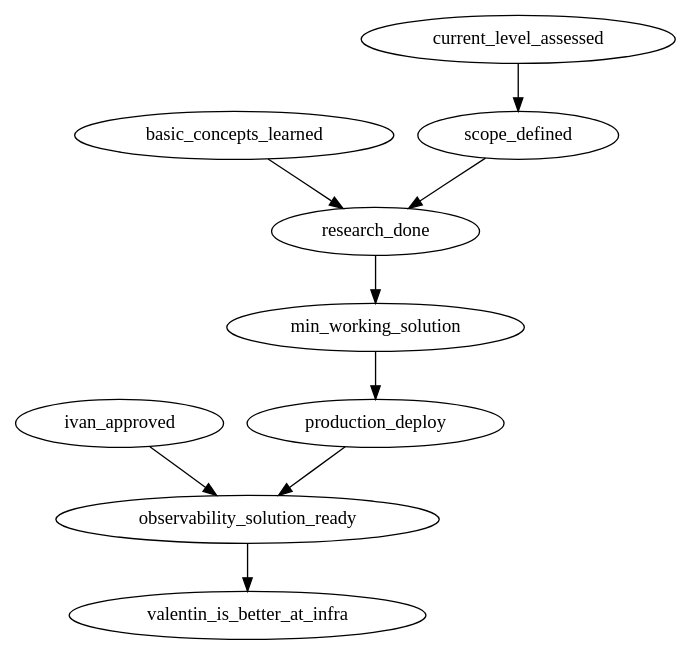
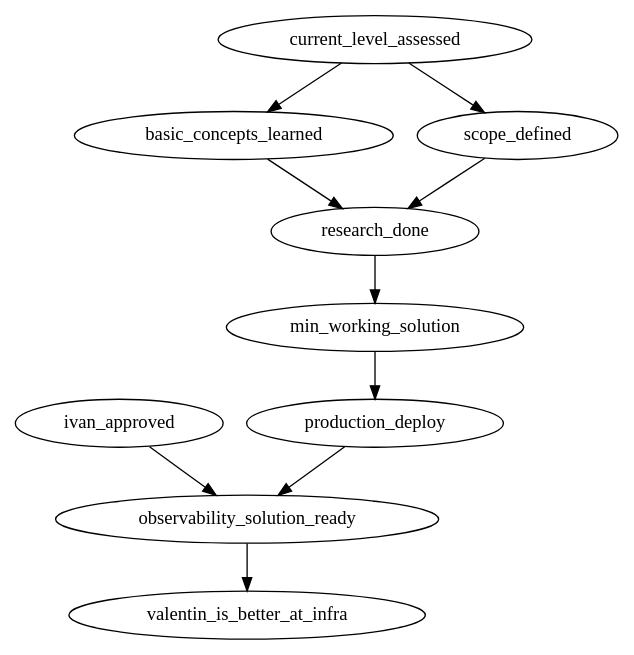
Before and after one commit to valentinboyanov/observability: the diagram in roadmap.gv, drawn with Graphviz. The commit also changed 2 other files, not shown here.

```diff
--- a/roadmap.gv
+++ b/roadmap.gv
@@ -1,20 +1,21 @@
 digraph {rankdir="TB";
 
 valentin_is_better_at_infra[tooltip="@valentinboyanov has a better understanding of his level in infrastructure and is more confident in what he knows and can do."];
 observability_solution_ready[tooltip="The observatility solution is ready to be used by a small product team in production environment."];
 ivan_approved[tooltip="@igarridot has reviewed and confirmed that the solution is suitable for the purpose of this learning exercise."];
 production_deploy[tooltip="The solution can be deployed on production environment."];
 min_working_solution[tooltip="A minimal working solution using the selected tools can be run locally."];
 research_done[tooltip="Research on the state of the art in observability is complete."];
 basic_concepts_learned[tooltip="@valentyinboyanov has learned the fundamental ideas: monitoring (metrics, logs, traces) and observability (understanding system behavior)."];
 scope_defined[tooltip="We have explicitly defined the expected usage, limitations, and what constitutes a 'small' product team."];
 current_level_assessed[tooltip="@valentyinboyanov's current level at infra is assessed using the 'knowledge ladder' framework."];
 observability_solution_ready -> valentin_is_better_at_infra;
 ivan_approved -> observability_solution_ready;
 production_deploy -> observability_solution_ready;
 min_working_solution -> production_deploy;
 research_done -> min_working_solution;
 scope_defined -> research_done;
 basic_concepts_learned -> research_done;
+current_level_assessed -> basic_concepts_learned;
 current_level_assessed -> scope_defined;
 }
```
